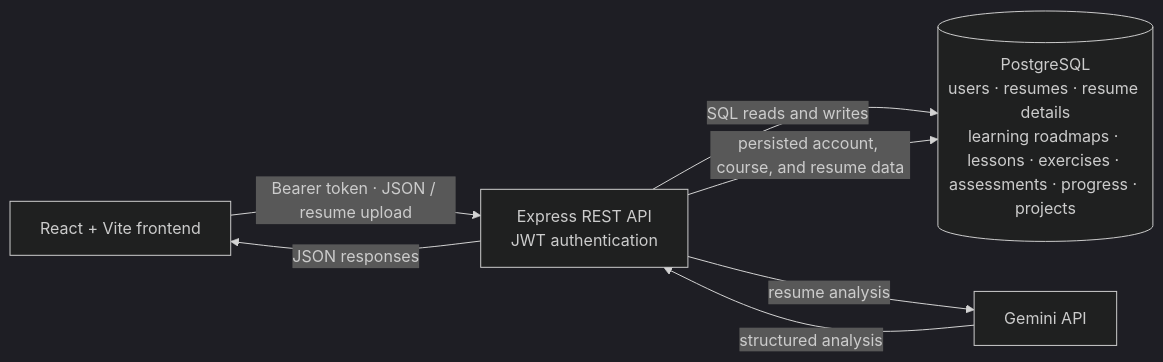
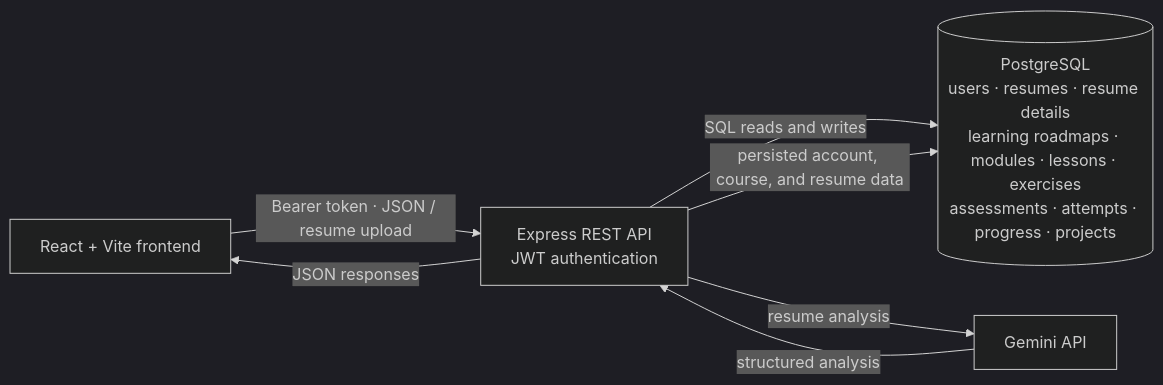
The first of 2 diagrams in README.md (NishiNincia/CareerCrafts), drawn with Mermaid (dark theme) before and after one commit. The commit also changed other lines of this file and 27 other files, not shown here.

````diff
--- a/README.md
+++ b/README.md
@@ -10,13 +10,13 @@
 ```mermaid
 flowchart LR
     Browser["React + Vite frontend"]
     API["Express REST API<br/>JWT authentication"]
-    DB[("PostgreSQL<br/>users · resumes · resume details<br/>learning roadmaps · lessons · exercises · assessments · progress · projects")]
+    DB[("PostgreSQL<br/>users · resumes · resume details<br/>learning roadmaps · modules · lessons · exercises<br/>assessments · attempts · progress · projects")]
     AI["Gemini API"]
     Browser -->|"Bearer token · JSON / resume upload"| API
     API -->|"SQL reads and writes"| DB
     API -->|"resume analysis"| AI
     AI -->|"structured analysis"| API
     API -->|"persisted account, course, and resume data"| DB
     API -->|"JSON responses"| Browser
 ```
````
